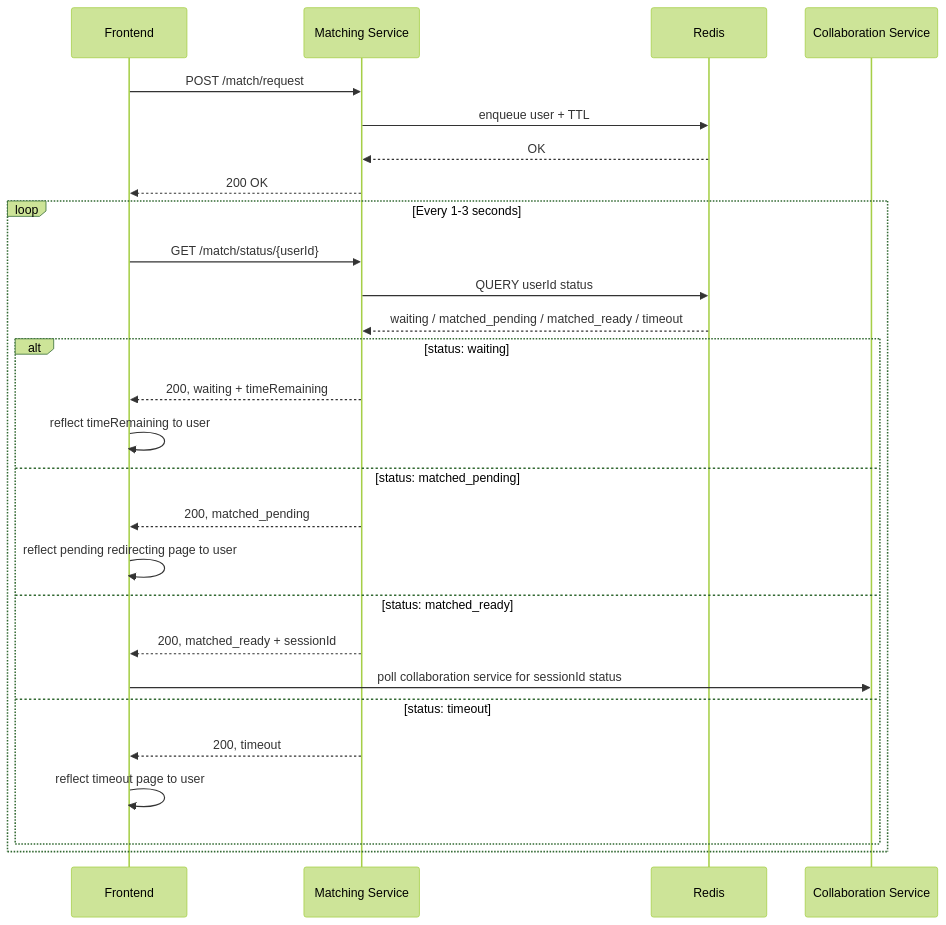
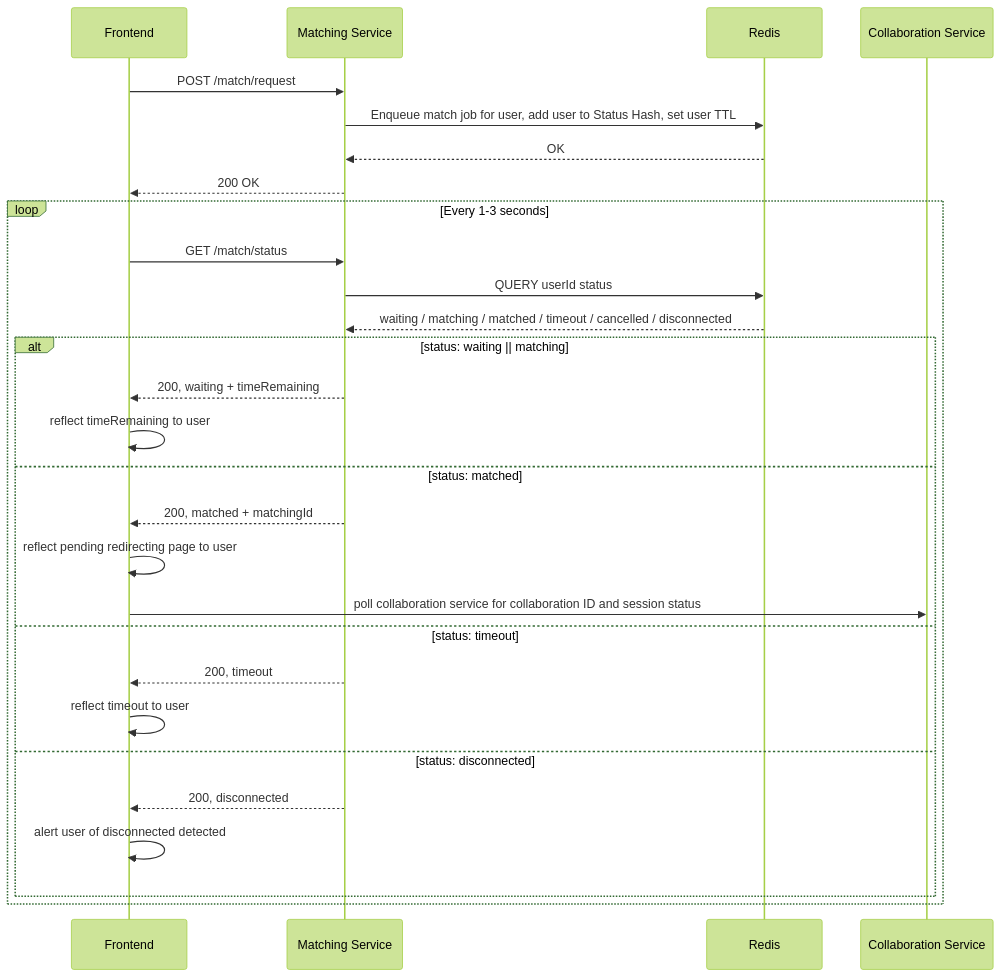
Before and after one commit to CS3219-AY2526Sem1/cs3219-ay2526s1-project-g04: the first of 2 diagrams in backend/services/matching_service/README.md, drawn with Mermaid (forest theme). The commit also changed other lines of this file, not shown here.

Commit message:
docs(matching service): update matching service docs

````diff
--- a/backend/services/matching_service/README.md
+++ b/backend/services/matching_service/README.md
@@ -5,35 +5,36 @@
 ```mermaid
 sequenceDiagram
     participant Frontend
     participant MS as Matching Service
     participant Redis
     participant CS as Collaboration Service
 
     Frontend->>MS: POST /match/request
-    MS->>Redis: enqueue user + TTL
+    MS->>Redis: Enqueue match job for user, add user to Status Hash, set user TTL
     Redis-->>MS: OK
     MS-->>Frontend: 200 OK
 
     loop Every 1-3 seconds
-        Frontend->>MS: GET /match/status/{userId}
+        Frontend->>MS: GET /match/status
         MS->>Redis: QUERY userId status
-        Redis-->>MS: waiting / matched_pending / matched_ready / timeout
+        Redis-->>MS: waiting / matching / matched / timeout / cancelled / disconnected
 
-        alt status: waiting
+        alt status: waiting || matching
             MS-->>Frontend: 200, waiting + timeRemaining
             Frontend->>Frontend: reflect timeRemaining to user
 
-        else status: matched_pending
-            MS-->>Frontend: 200, matched_pending
+        else status: matched
+            MS-->>Frontend: 200, matched + matchingId
             Frontend->>Frontend: reflect pending redirecting page to user
-
-        else status: matched_ready
-            MS-->>Frontend: 200, matched_ready + sessionId
-            Frontend->>CS: poll collaboration service for sessionId status
+            Frontend->>CS: poll collaboration service for collaboration ID and session status
 
         else status: timeout
             MS-->>Frontend: 200, timeout
-            Frontend->>Frontend: reflect timeout page to user
+            Frontend->>Frontend: reflect timeout to user
+
+        else status: disconnected
+            MS-->>Frontend: 200, disconnected
+            Frontend->>Frontend: alert user of disconnected detected
         end
     end
 ```
````
